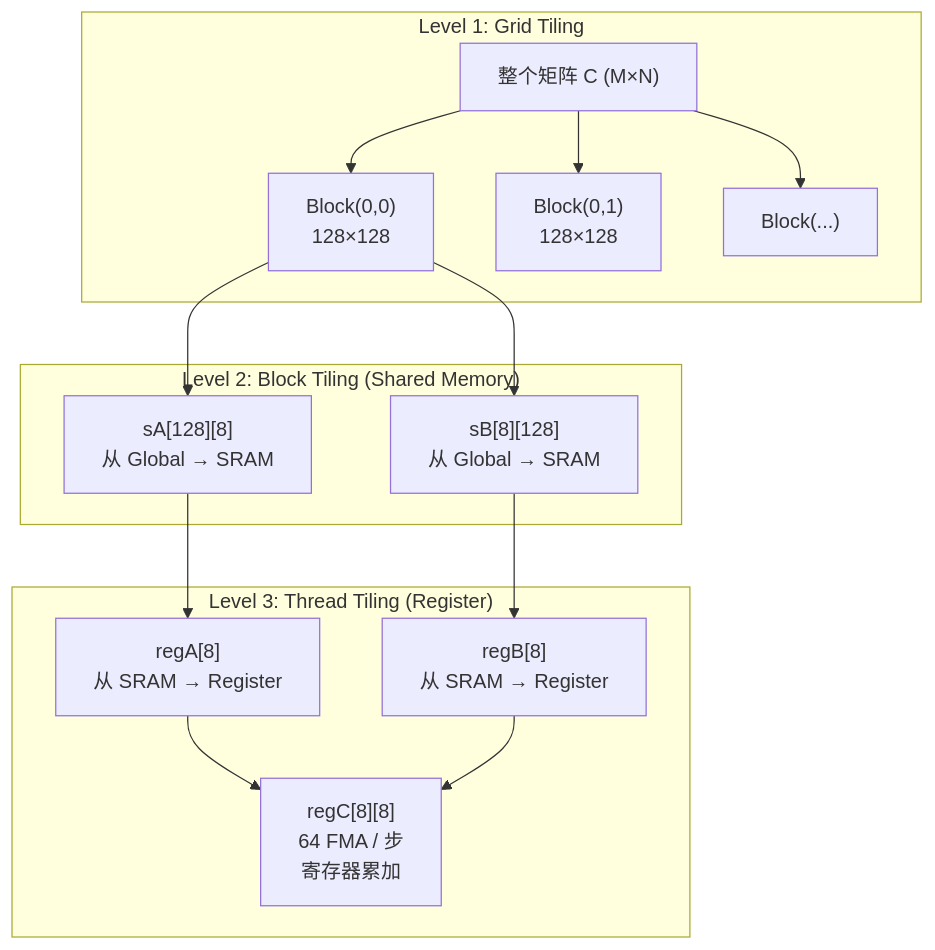
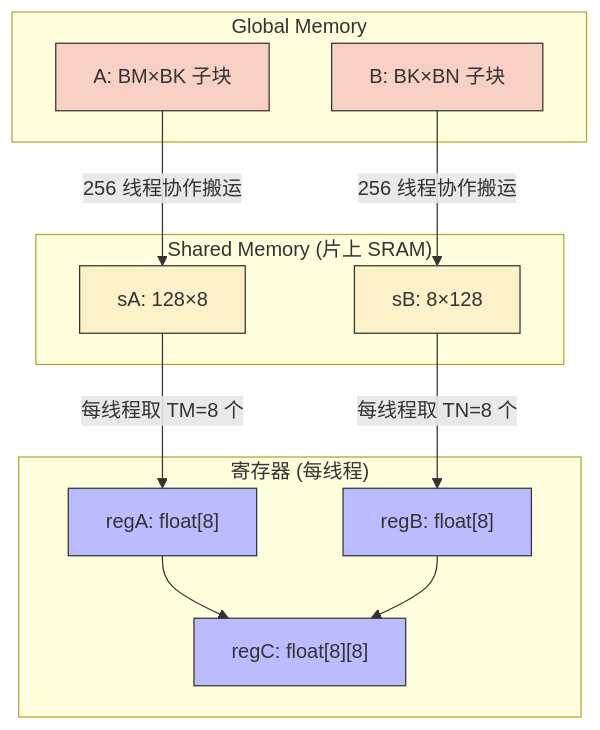
The first of 2 diagrams in Blogs/04_GEMM_Optimization_Register_Tiling.md (psmarter/CUDA-Practice), drawn with Mermaid before and after one commit. The commit also changed other lines of this file and 28 other files, not shown here.

````diff
--- a/Blogs/04_GEMM_Optimization_Register_Tiling.md
+++ b/Blogs/04_GEMM_Optimization_Register_Tiling.md
@@ -50,21 +52,29 @@
 ```mermaid
 graph TD
-    subgraph "Level 1: Grid Tiling"
-        G["整个矩阵 C (M×N)"]
-        G --> B0["Block(0,0)\n128×128"]
-        G --> B1["Block(0,1)\n128×128"]
-        G --> Bn["Block(...)"]
+    classDef gm fill:#f9d0c4,stroke:#333;
+    classDef sm fill:#fcf1c8,stroke:#333;
+    classDef reg fill:#bbf,stroke:#333;
+
+    subgraph "Global Memory"
+        GA["A: BM×BK 子块"]:::gm
+        GB["B: BK×BN 子块"]:::gm
     end
 
-    subgraph "Level 2: Block Tiling (Shared Memory)"
-        B0 --> SA["sA[128][8]\n从 Global → SRAM"]
-        B0 --> SB["sB[8][128]\n从 Global → SRAM"]
+    subgraph "Shared Memory (片上 SRAM)"
+        SA["sA: 128×8"]:::sm
+        SB["sB: 8×128"]:::sm
     end
 
-    subgraph "Level 3: Thread Tiling (Register)"
-        SA --> RA["regA[8]\n从 SRAM → Register"]
-        SB --> RB["regB[8]\n从 SRAM → Register"]
-        RA --> RC["regC[8][8]\n64 FMA / 步\n寄存器累加"]
-        RB --> RC
+    subgraph "寄存器 (每线程)"
+        RA["regA: float[8]"]:::reg
+        RB["regB: float[8]"]:::reg
+        RC["regC: float[8][8]"]:::reg
     end
+
+    GA -- "256 线程协作搬运" --> SA
+    GB -- "256 线程协作搬运" --> SB
+    SA -- "每线程取 TM=8 个" --> RA
+    SB -- "每线程取 TN=8 个" --> RB
+    RA --> RC
+    RB --> RC
 ```
````
